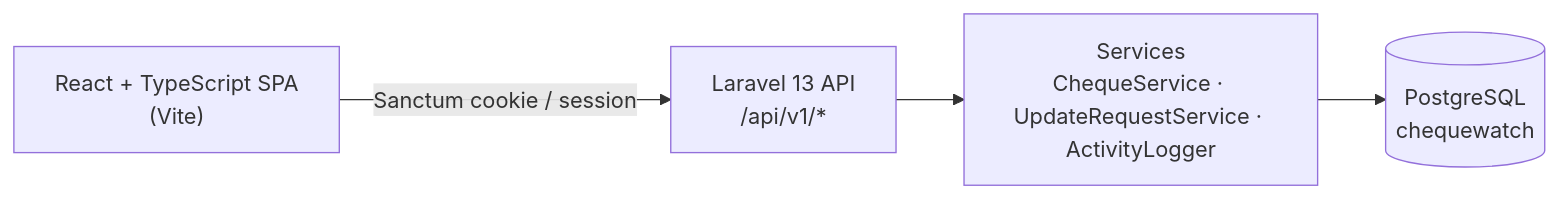
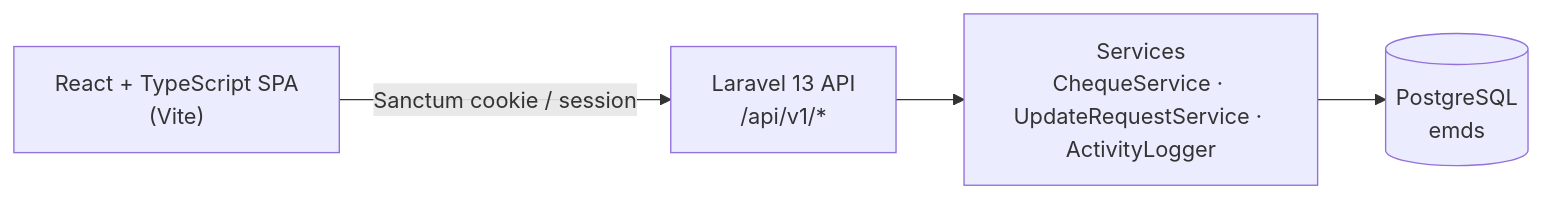
Before and after one commit to nicolasjob21/E-MDS: the first of 11 diagrams in docs/DOCUMENTATION.md, drawn with Mermaid. The commit also changed other lines of this file and 104 other files, not shown here.

````diff
--- a/docs/DOCUMENTATION.md
+++ b/docs/DOCUMENTATION.md
@@ -28,6 +34,6 @@
 ```mermaid
 flowchart LR
     Browser["React + TypeScript SPA<br/>(Vite)"] -->|"Sanctum cookie / session"| API["Laravel 13 API<br/>/api/v1/*"]
     API --> Services["Services<br/>ChequeService · UpdateRequestService · ActivityLogger"]
-    Services --> DB[("PostgreSQL<br/>chequewatch")]
+    Services --> DB[("PostgreSQL<br/>emds")]
 ```
````
